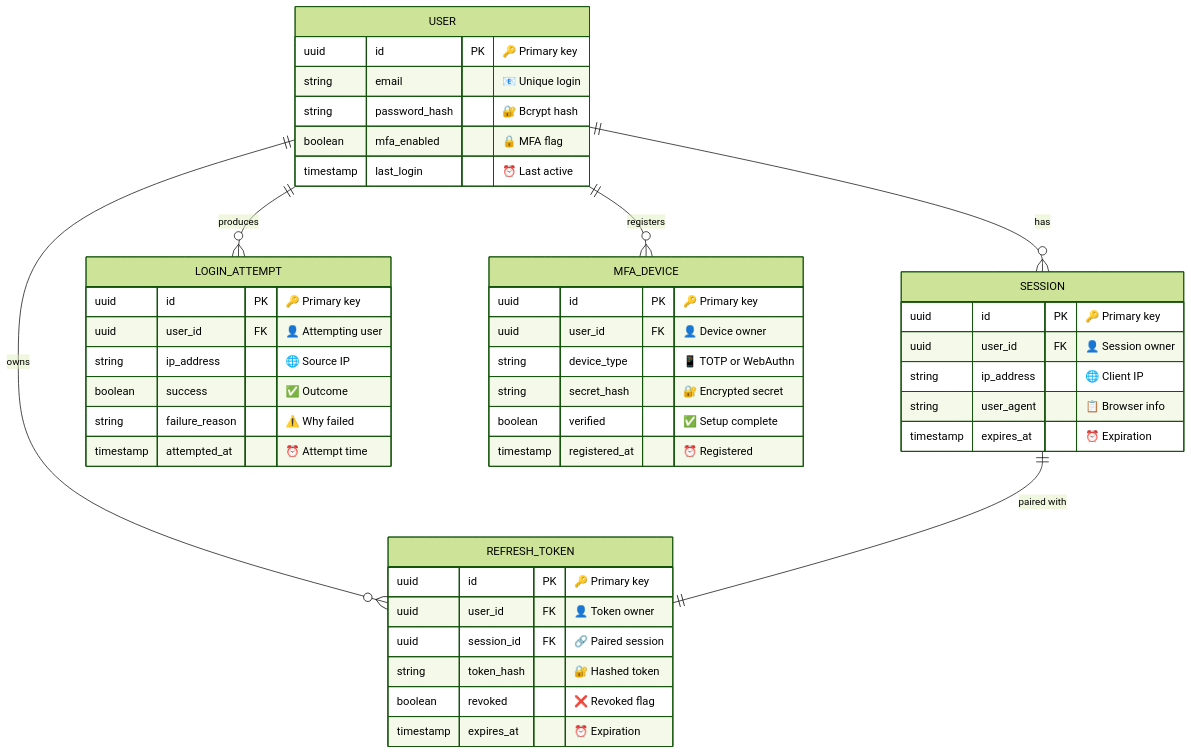
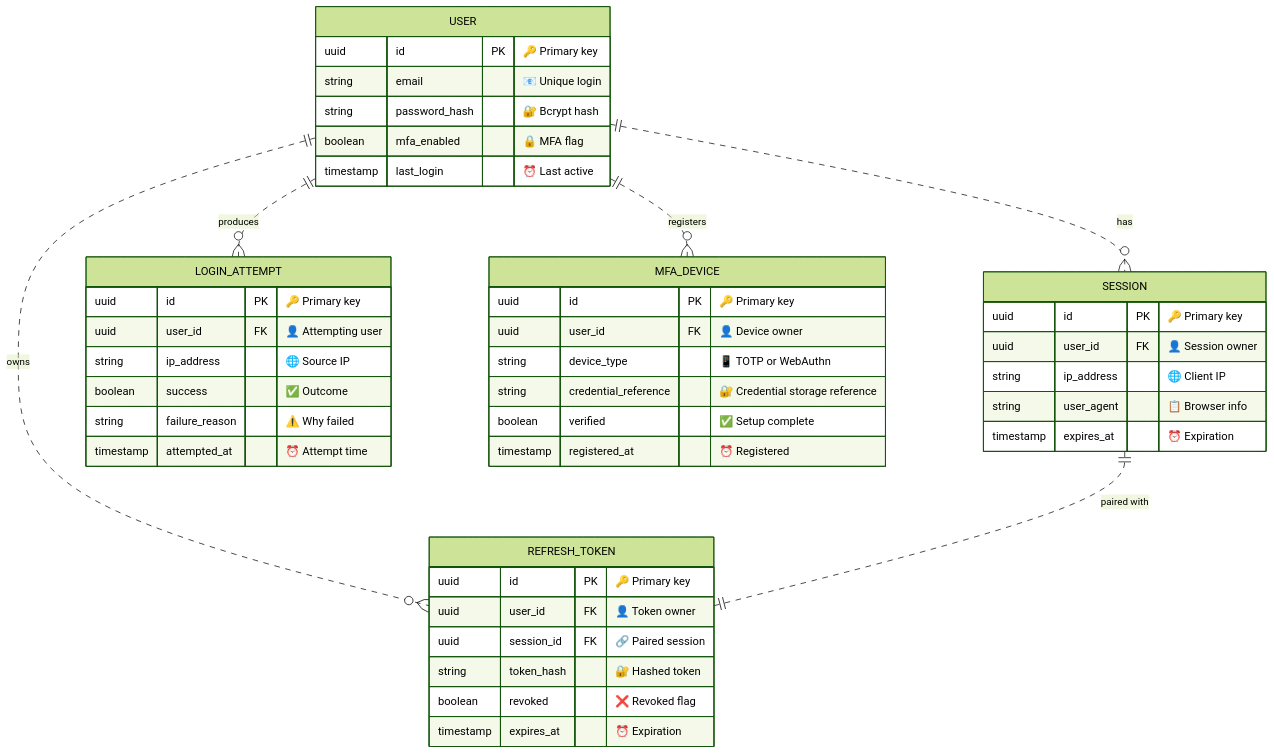
The third of 8 diagrams in skills/K-Dense-AI--claude-scientific-skills/skills/markdown-mermaid-writing/references/diagrams/complex_examples.md (thereisnotime/skills-collection), drawn with Mermaid (forest theme) before and after one commit. The commit also changed other lines of this file and 4040 other files, not shown here.

Commit message:
sync: update skills repos, readme and charts

````diff
--- a/skills/K-Dense-AI--claude-scientific-skills/skills/markdown-mermaid-writing/references/diagrams/complex_examples.md
+++ b/skills/K-Dense-AI--claude-scientific-skills/skills/markdown-mermaid-writing/references/diagrams/complex_examples.md
@@ -129,54 +129,54 @@
 ```mermaid
 erDiagram
     accTitle: Authentication Data Model
     accDescr: Five-entity schema for user authentication covering users, sessions, refresh tokens, login attempts, and MFA devices with cardinality relationships
 
-    USER ||--o{ SESSION : "has"
-    USER ||--o{ REFRESH_TOKEN : "owns"
-    USER ||--o{ LOGIN_ATTEMPT : "produces"
-    USER ||--o{ MFA_DEVICE : "registers"
-    SESSION ||--|| REFRESH_TOKEN : "paired with"
+    USER ||..o{ SESSION : "has"
+    USER ||..o{ REFRESH_TOKEN : "owns"
+    USER ||..o{ LOGIN_ATTEMPT : "produces"
+    USER ||..o{ MFA_DEVICE : "registers"
+    SESSION ||..|| REFRESH_TOKEN : "paired with"
 
     USER {
         uuid id PK "🔑 Primary key"
         string email "📧 Unique login"
         string password_hash "🔐 Bcrypt hash"
         boolean mfa_enabled "🔒 MFA flag"
         timestamp last_login "⏰ Last active"
     }
 
     SESSION {
         uuid id PK "🔑 Primary key"
         uuid user_id FK "👤 Session owner"
         string ip_address "🌐 Client IP"
         string user_agent "📋 Browser info"
         timestamp expires_at "⏰ Expiration"
     }
 
     REFRESH_TOKEN {
         uuid id PK "🔑 Primary key"
         uuid user_id FK "👤 Token owner"
         uuid session_id FK "🔗 Paired session"
         string token_hash "🔐 Hashed token"
         boolean revoked "❌ Revoked flag"
         timestamp expires_at "⏰ Expiration"
     }
 
     LOGIN_ATTEMPT {
         uuid id PK "🔑 Primary key"
         uuid user_id FK "👤 Attempting user"
         string ip_address "🌐 Source IP"
         boolean success "✅ Outcome"
         string failure_reason "⚠️ Why failed"
         timestamp attempted_at "⏰ Attempt time"
     }
 
     MFA_DEVICE {
         uuid id PK "🔑 Primary key"
         uuid user_id FK "👤 Device owner"
         string device_type "📱 TOTP or WebAuthn"
-        string secret_hash "🔐 Encrypted secret"
+        string credential_reference "🔐 Credential storage reference"
         boolean verified "✅ Setup complete"
         timestamp registered_at "⏰ Registered"
     }
 ```
````
